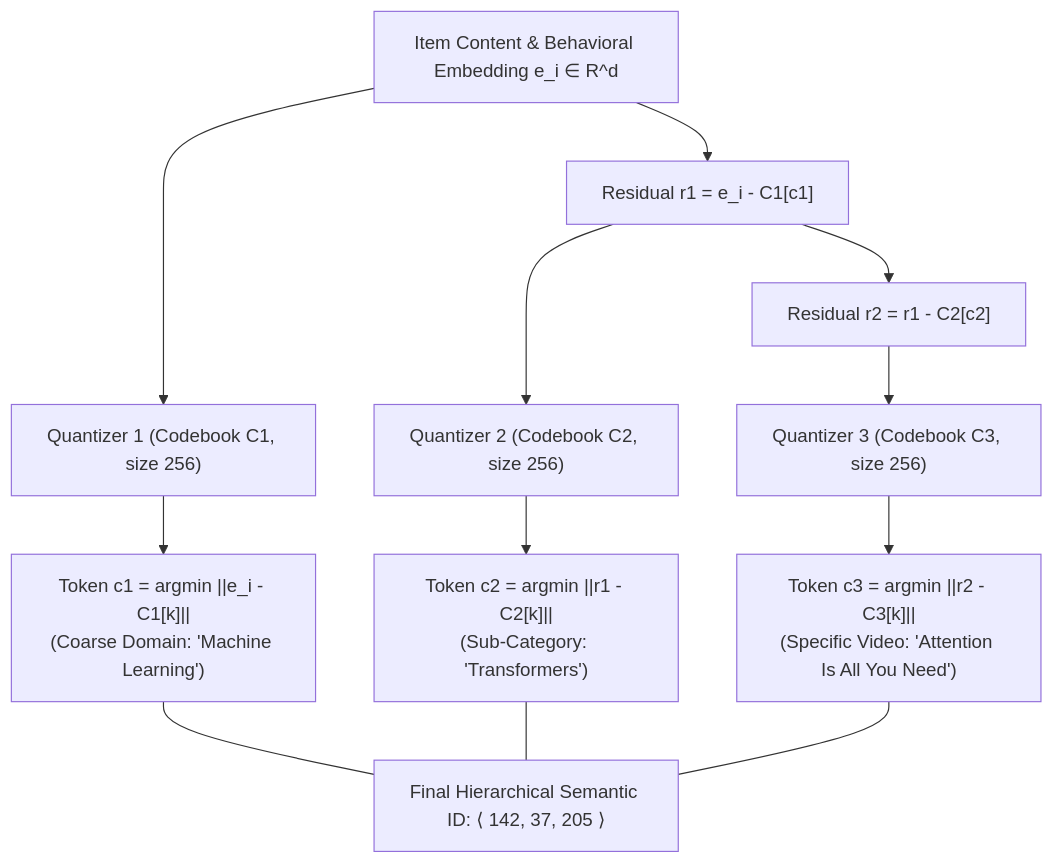
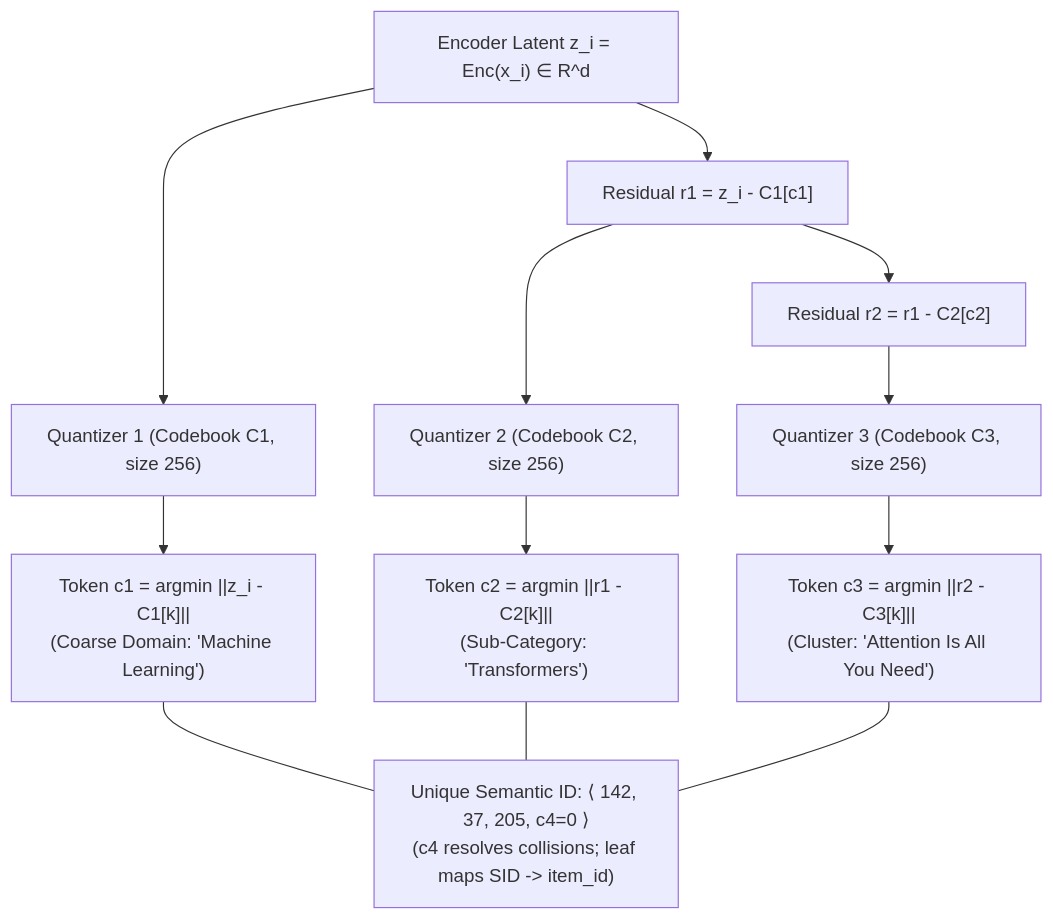
Before and after one commit to jyotipmahes/ML-Interview-Prep: diagram 16 of 18 in System_Design/01_Recommendation_Systems/Part_1_Retrieval_and_Candidate_Generation.md, drawn with Mermaid. The commit also changed other lines of this file, not shown here.

````diff
--- a/System_Design/01_Recommendation_Systems/Part_1_Retrieval_and_Candidate_Generation.md
+++ b/System_Design/01_Recommendation_Systems/Part_1_Retrieval_and_Candidate_Generation.md
@@ -801,17 +949,17 @@
 ```mermaid
 flowchart TD
-    Item["Item Content & Behavioral Embedding e_i ∈ R^d"] --> Codebook1["Quantizer 1 (Codebook C1, size 256)"]
-    Codebook1 --> C1["Token c1 = argmin ||e_i - C1[k]||<br/>(Coarse Domain: 'Machine Learning')"]
-    
-    Item --> Res1["Residual r1 = e_i - C1[c1]"]
+    Item["Encoder Latent z_i = Enc(x_i) ∈ R^d"] --> Codebook1["Quantizer 1 (Codebook C1, size 256)"]
+    Codebook1 --> C1["Token c1 = argmin ||z_i - C1[k]||<br/>(Coarse Domain: 'Machine Learning')"]
+
+    Item --> Res1["Residual r1 = z_i - C1[c1]"]
     Res1 --> Codebook2["Quantizer 2 (Codebook C2, size 256)"]
     Codebook2 --> C2["Token c2 = argmin ||r1 - C2[k]||<br/>(Sub-Category: 'Transformers')"]
-    
+
     Res1 --> Res2["Residual r2 = r1 - C2[c2]"]
     Res2 --> Codebook3["Quantizer 3 (Codebook C3, size 256)"]
-    Codebook3 --> C3["Token c3 = argmin ||r2 - C3[k]||<br/>(Specific Video: 'Attention Is All You Need')"]
-    
-    C1 --- Tuple["Final Hierarchical Semantic ID: ⟨ 142, 37, 205 ⟩"]
+    Codebook3 --> C3["Token c3 = argmin ||r2 - C3[k]||<br/>(Cluster: 'Attention Is All You Need')"]
+
+    C1 --- Tuple["Unique Semantic ID: ⟨ 142, 37, 205, c4=0 ⟩<br/>(c4 resolves collisions; leaf maps SID -> item_id)"]
     C2 --- Tuple
     C3 --- Tuple
 ```
````
